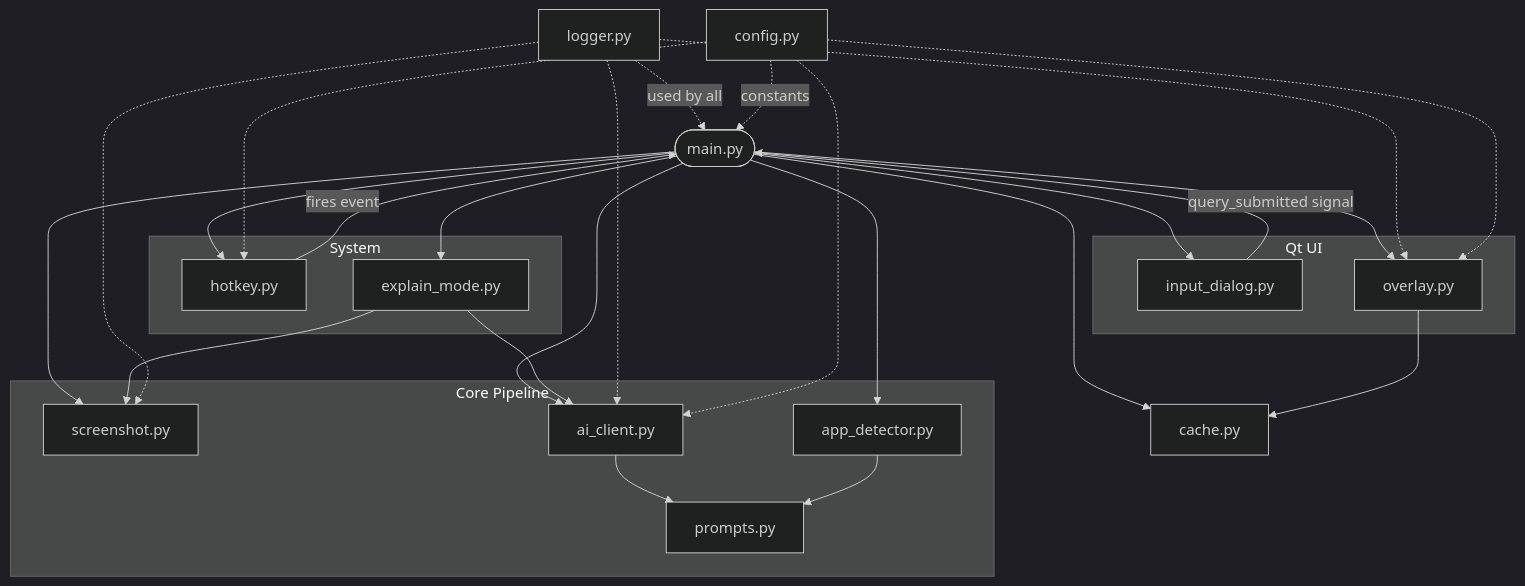
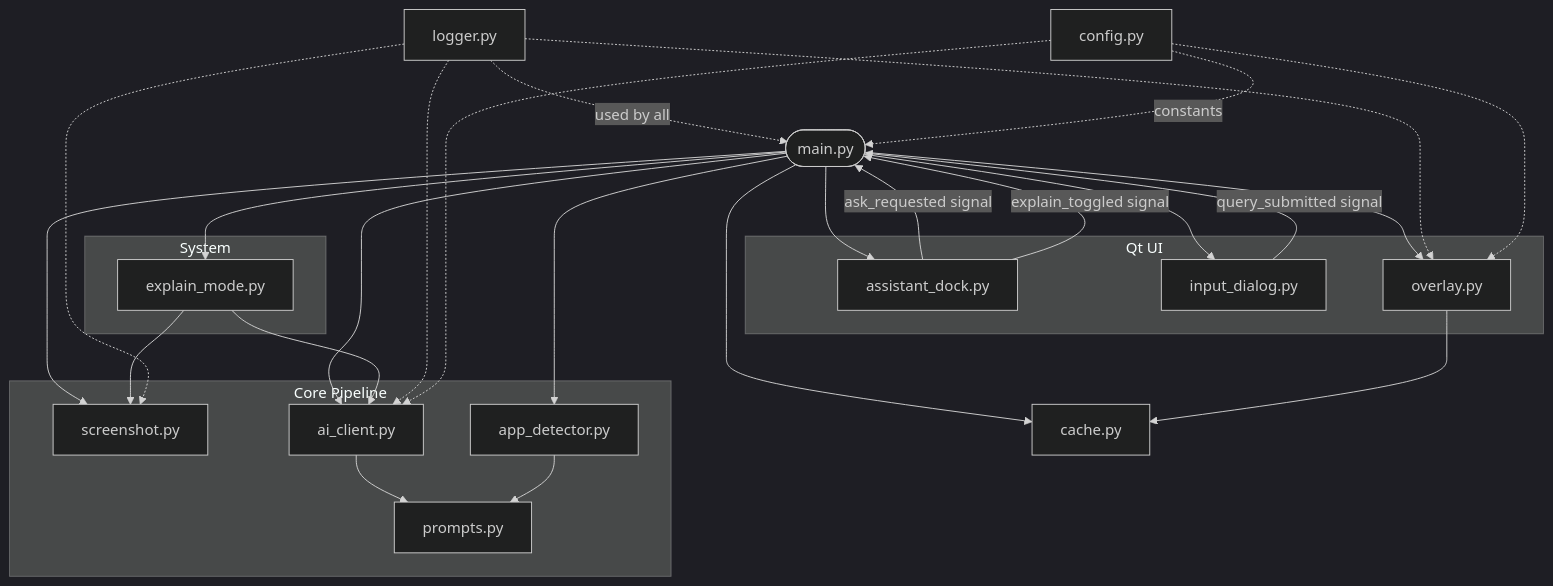
The second of 7 diagrams in DIAGRAMS.md (anjkaimal/NavMate), drawn with Mermaid (dark theme) before and after one commit. The commit also changed other lines of this file and 11 other files, not shown here.

````diff
--- a/DIAGRAMS.md
+++ b/DIAGRAMS.md
@@ -46,49 +47,49 @@
 ```mermaid
 graph TD
-    main([main.py]) --> hotkey[hotkey.py]
+    main([main.py]) --> dock[assistant_dock.py]
     main --> input_dialog[input_dialog.py]
     main --> overlay[overlay.py]
     main --> explain_mode[explain_mode.py]
     main --> cache[cache.py]
 
-    hotkey -->|fires event| main
+    dock -->|ask_requested signal| main
+    dock -->|explain_toggled signal| main
 
     input_dialog -->|query_submitted signal| main
 
     main --> screenshot[screenshot.py]
     main --> app_detector[app_detector.py]
     main --> ai_client[ai_client.py]
 
     ai_client --> prompts[prompts.py]
     app_detector --> prompts
 
     overlay --> cache
     explain_mode --> screenshot
     explain_mode --> ai_client
 
     subgraph Core Pipeline
         screenshot
         app_detector
         prompts
         ai_client
     end
 
     subgraph Qt UI
+        dock
         input_dialog
         overlay
     end
 
     subgraph System
-        hotkey
         explain_mode
     end
 
     logger[logger.py] -.->|used by all| main
     logger -.-> ai_client
     logger -.-> overlay
     logger -.-> screenshot
     config[config.py] -.->|constants| main
     config -.-> overlay
     config -.-> ai_client
-    config -.-> hotkey
 ```
````
